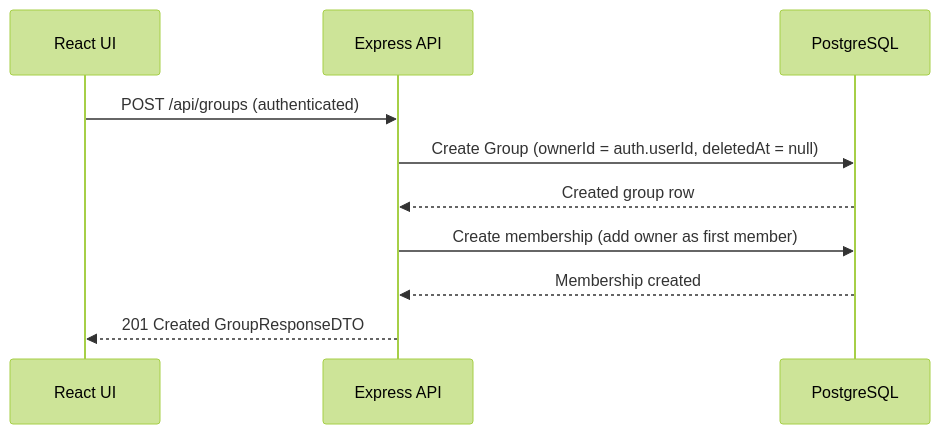
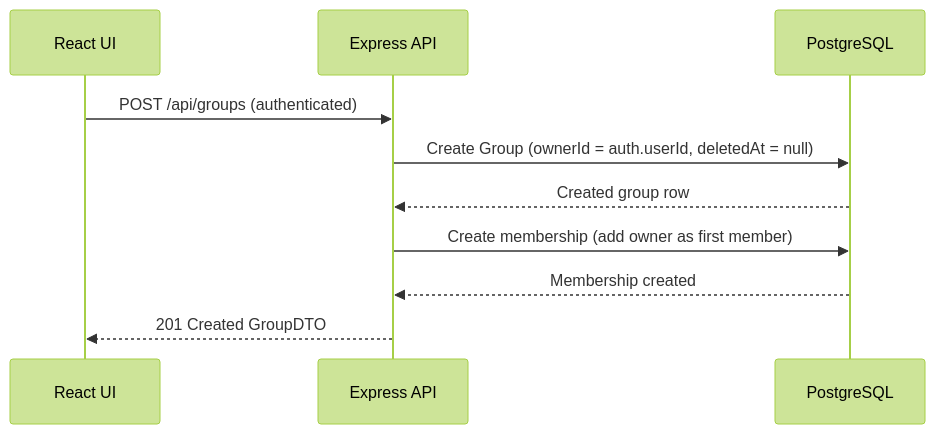
The diagram in docs/flows/db/groups/create-group.data-flow.md (Zamperi/MovieApp), drawn with Mermaid (forest theme) before and after one commit. The commit also changed 7 other files, not shown here.

````diff
--- a/docs/flows/db/groups/create-group.data-flow.md
+++ b/docs/flows/db/groups/create-group.data-flow.md
@@ -2,13 +2,13 @@
 ```mermaid
 sequenceDiagram
     participant UI as React UI
     participant API as Express API
     participant DB as PostgreSQL
 
     UI->>API: POST /api/groups (authenticated)
     API->>DB: Create Group (ownerId = auth.userId, deletedAt = null)
     DB-->>API: Created group row
     API->>DB: Create membership (add owner as first member)
     DB-->>API: Membership created
-    API-->>UI: 201 Created GroupResponseDTO
+    API-->>UI: 201 Created GroupDTO
 ```
````
